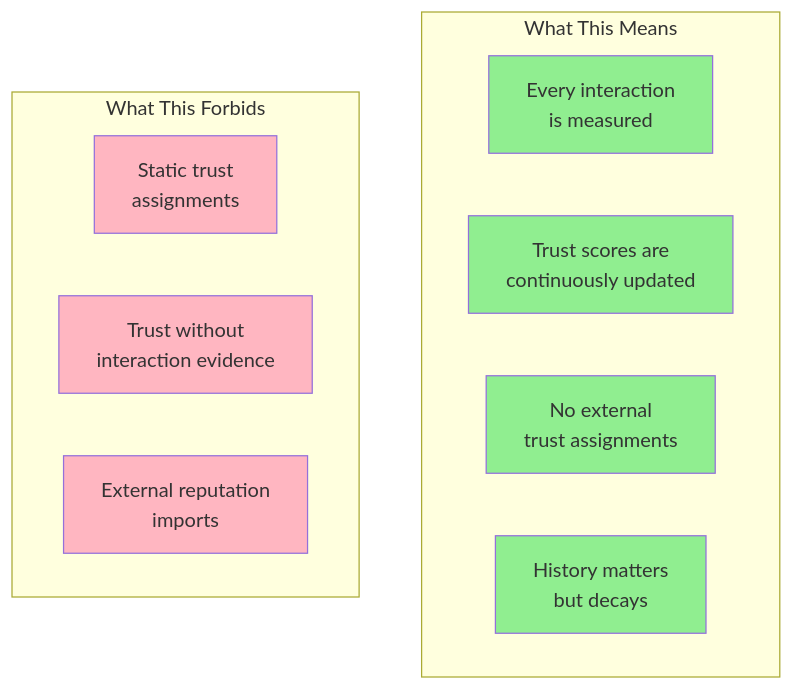
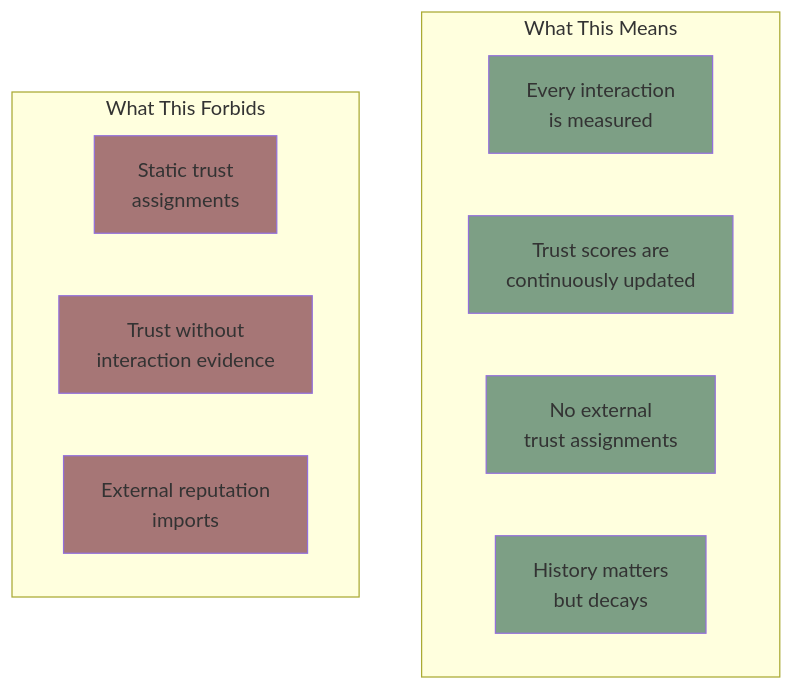
The second of 10 diagrams in docs/concepts/core-principles.md (ScopeCreep-zip/Symbiont), drawn with Mermaid before and after one commit. The commit also changed other lines of this file and 17 other files, not shown here.

Commit message:
update to diagram colors

````diff
--- a/docs/concepts/core-principles.md
+++ b/docs/concepts/core-principles.md
@@ -68,23 +68,23 @@
 ```mermaid
 flowchart TD
     subgraph "What This Means"
         I1[Every interaction<br/>is measured]
         I2[Trust scores are<br/>continuously updated]
         I3[No external<br/>trust assignments]
         I4[History matters<br/>but decays]
     end
 
     subgraph "What This Forbids"
         F1[Static trust<br/>assignments]
         F2[Trust without<br/>interaction evidence]
         F3[External reputation<br/>imports]
     end
 
-    style I1 fill:#90EE90
-    style I2 fill:#90EE90
-    style I3 fill:#90EE90
-    style I4 fill:#90EE90
-    style F1 fill:#FFB6C1
-    style F2 fill:#FFB6C1
-    style F3 fill:#FFB6C1
+    style I1 fill:#7d9f85
+    style I2 fill:#7d9f85
+    style I3 fill:#7d9f85
+    style I4 fill:#7d9f85
+    style F1 fill:#a67676
+    style F2 fill:#a67676
+    style F3 fill:#a67676
 ```
````
